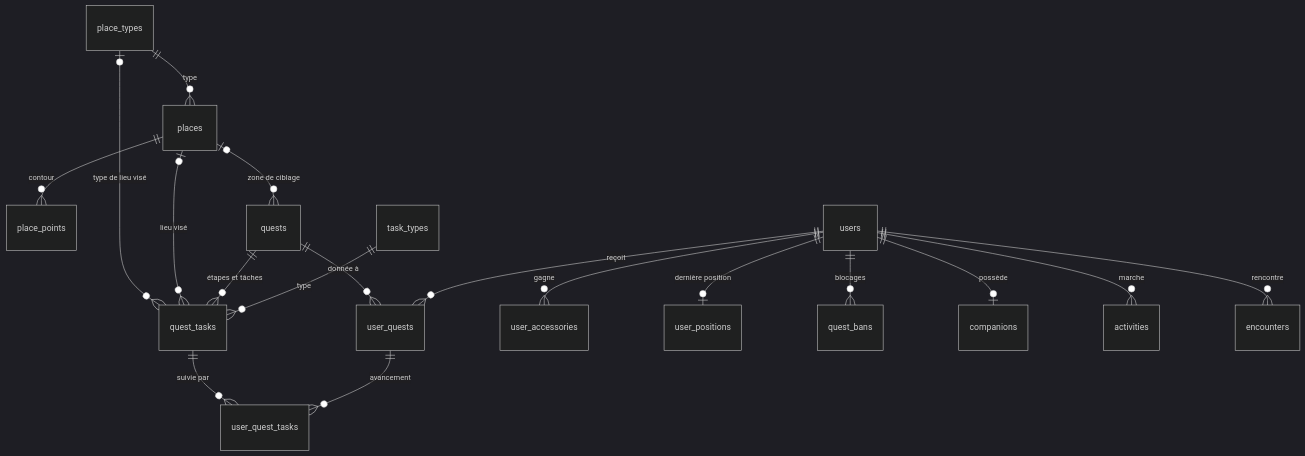
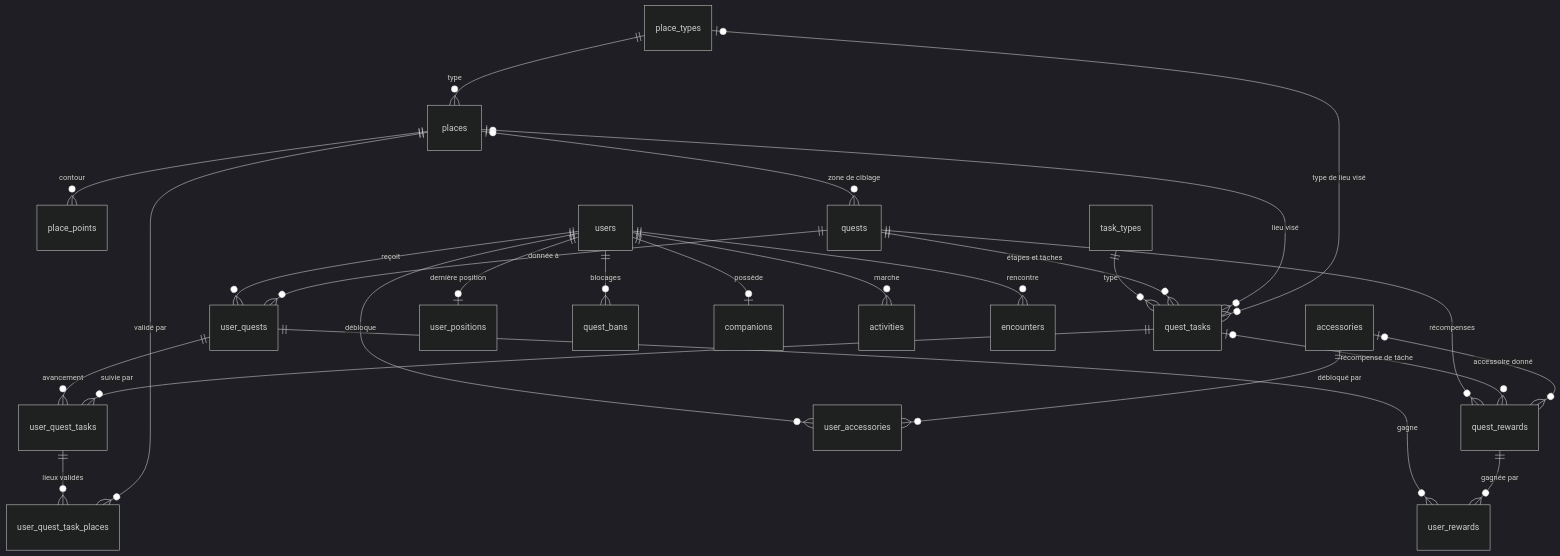
One commit to Scubatana/scubanion changed the diagram in docs/modele-de-donnees.md. Above: the diagram before and after it, drawn with Mermaid (dark theme). The commit also changed other lines of this file and 17 other files, not shown here.

First line of the commit message:
feat: récompenses de quête par tâche, par étape ou en fin de quête, et accessoires en base

````diff
--- a/docs/modele-de-donnees.md
+++ b/docs/modele-de-donnees.md
@@ -7,20 +7,28 @@
 ```mermaid
 erDiagram
     place_types ||--o{ places : "type"
     places ||--o{ place_points : "contour"
     task_types ||--o{ quest_tasks : "type"
     quests ||--o{ quest_tasks : "étapes et tâches"
     places |o--o{ quest_tasks : "lieu visé"
     place_types |o--o{ quest_tasks : "type de lieu visé"
     places |o--o{ quests : "zone de ciblage"
     users ||--o{ user_quests : "reçoit"
     quests ||--o{ user_quests : "donnée à"
     user_quests ||--o{ user_quest_tasks : "avancement"
     quest_tasks ||--o{ user_quest_tasks : "suivie par"
-    users ||--o{ user_accessories : "gagne"
+    user_quest_tasks ||--o{ user_quest_task_places : "lieux validés"
+    places ||--o{ user_quest_task_places : "validé par"
+    quests ||--o{ quest_rewards : "récompenses"
+    quest_tasks |o--o{ quest_rewards : "récompense de tâche"
+    accessories |o--o{ quest_rewards : "accessoire donné"
+    user_quests ||--o{ user_rewards : "gagne"
+    quest_rewards ||--o{ user_rewards : "gagnée par"
+    users ||--o{ user_accessories : "débloque"
+    accessories ||--o{ user_accessories : "débloqué par"
     users ||--o| user_positions : "dernière position"
     users ||--o{ quest_bans : "blocages"
     users ||--o| companions : "possède"
     users ||--o{ activities : "marche"
     users ||--o{ encounters : "rencontre"
 ```
````
